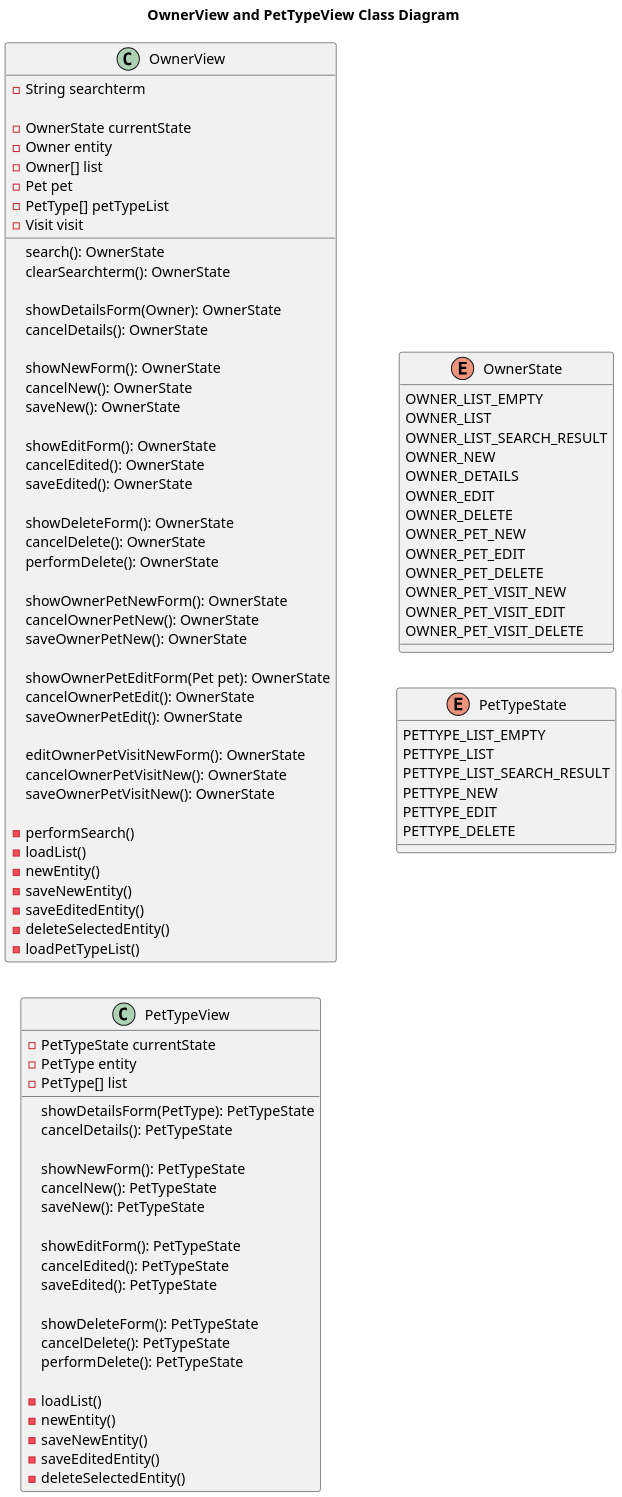
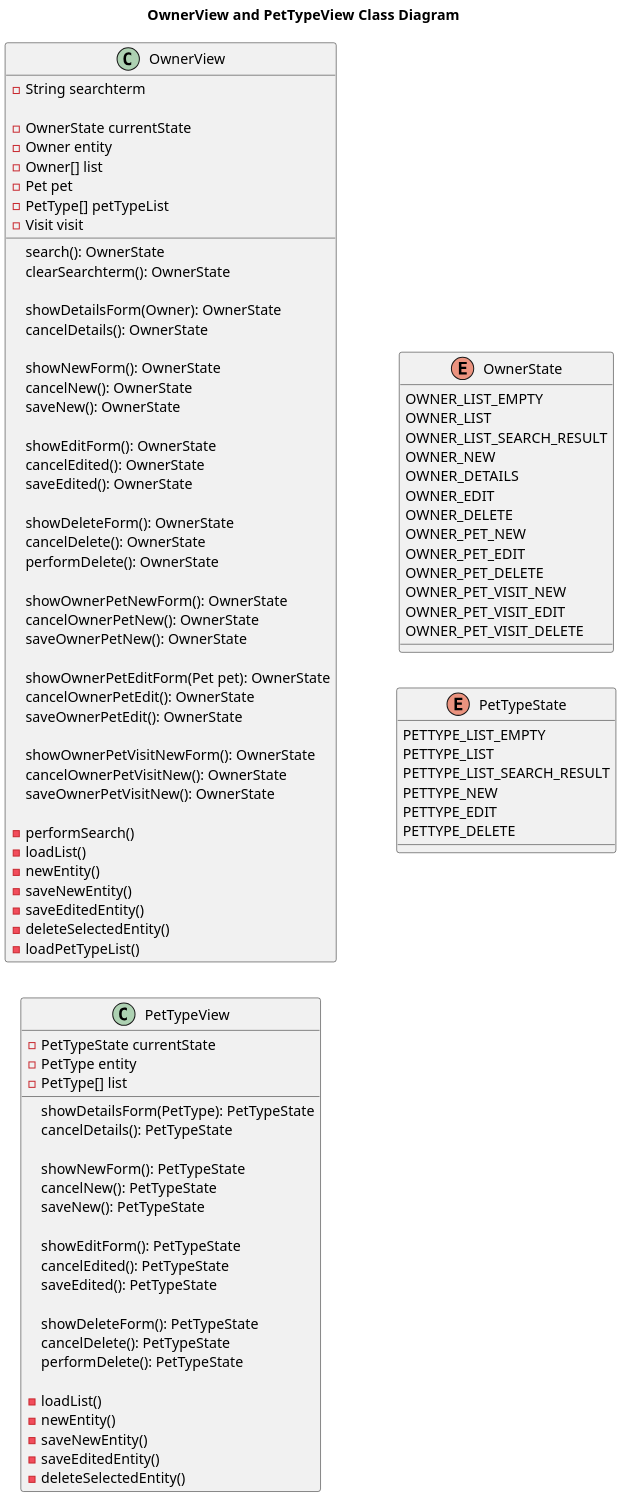
One commit to Jakarta-EE-Petclinic/petclinic-uml changed the diagram in src/main/plantuml/owner/View__Class.puml. Above: the diagram before and after it, drawn with PlantUML. The commit also changed 4 other files, not shown here.

```diff
--- a/src/main/plantuml/owner/View__Class.puml
+++ b/src/main/plantuml/owner/View__Class.puml
@@ -1,117 +1,117 @@
 @startuml
 
 
 title OwnerView and PetTypeView Class Diagram
 'https://plantuml.com/class-diagram
 
 left to right direction
 'top to bottom direction
 
 scale 1200 width
 
 class OwnerView {
 
     - String searchterm
 
     - OwnerState currentState
     - Owner entity
     - Owner[] list
     - Pet pet
     - PetType[] petTypeList
     - Visit visit
 
     search(): OwnerState
     clearSearchterm(): OwnerState
 
     showDetailsForm(Owner): OwnerState
     cancelDetails(): OwnerState
 
     showNewForm(): OwnerState
     cancelNew(): OwnerState
     saveNew(): OwnerState
 
     showEditForm(): OwnerState
     cancelEdited(): OwnerState
     saveEdited(): OwnerState
 
     showDeleteForm(): OwnerState
     cancelDelete(): OwnerState
     performDelete(): OwnerState
 
     showOwnerPetNewForm(): OwnerState
     cancelOwnerPetNew(): OwnerState
     saveOwnerPetNew(): OwnerState
 
     showOwnerPetEditForm(Pet pet): OwnerState
     cancelOwnerPetEdit(): OwnerState
     saveOwnerPetEdit(): OwnerState
 
-    editOwnerPetVisitNewForm(): OwnerState
+    showOwnerPetVisitNewForm(): OwnerState
     cancelOwnerPetVisitNew(): OwnerState
     saveOwnerPetVisitNew(): OwnerState
 
     - performSearch()
     - loadList()
     - newEntity()
     - saveNewEntity()
     - saveEditedEntity()
     - deleteSelectedEntity()
     - loadPetTypeList()
 }
 
 class PetTypeView {
 
     - PetTypeState currentState
     - PetType entity
     - PetType[] list
 
     showDetailsForm(PetType): PetTypeState
     cancelDetails(): PetTypeState
 
     showNewForm(): PetTypeState
     cancelNew(): PetTypeState
     saveNew(): PetTypeState
 
     showEditForm(): PetTypeState
     cancelEdited(): PetTypeState
     saveEdited(): PetTypeState
 
     showDeleteForm(): PetTypeState
     cancelDelete(): PetTypeState
     performDelete(): PetTypeState
 
     - loadList()
     - newEntity()
     - saveNewEntity()
     - saveEditedEntity()
     - deleteSelectedEntity()
 
 }
 
 
 enum OwnerState {
     OWNER_LIST_EMPTY
     OWNER_LIST
     OWNER_LIST_SEARCH_RESULT
     OWNER_NEW
     OWNER_DETAILS
     OWNER_EDIT
     OWNER_DELETE
     OWNER_PET_NEW
     OWNER_PET_EDIT
     OWNER_PET_DELETE
     OWNER_PET_VISIT_NEW
     OWNER_PET_VISIT_EDIT
     OWNER_PET_VISIT_DELETE
 }
 
 enum PetTypeState {
     PETTYPE_LIST_EMPTY
     PETTYPE_LIST
     PETTYPE_LIST_SEARCH_RESULT
     PETTYPE_NEW
     PETTYPE_EDIT
     PETTYPE_DELETE
 }
 
 @enduml
```
